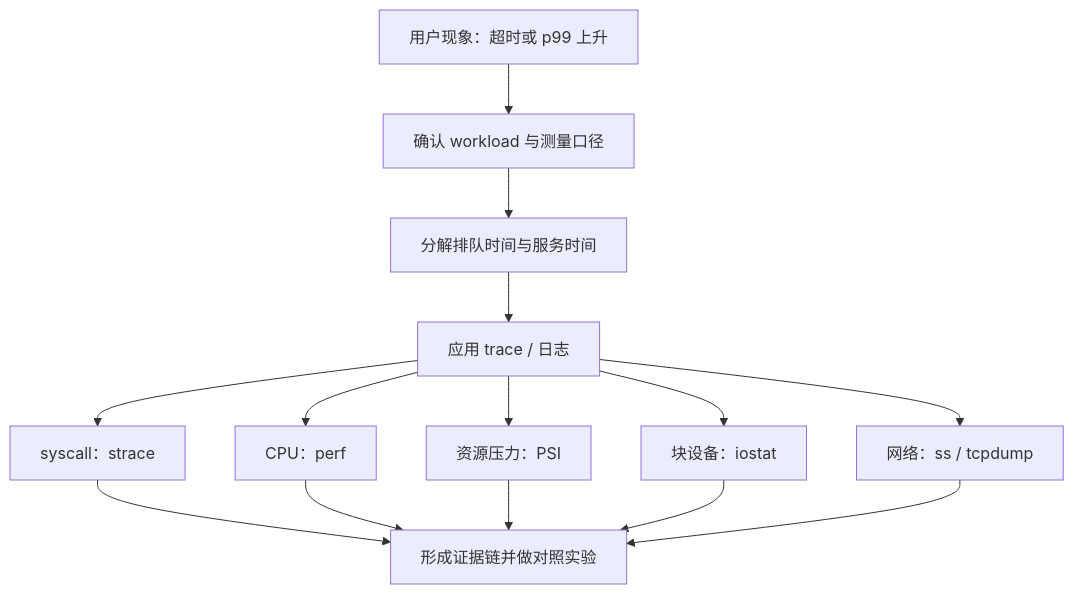
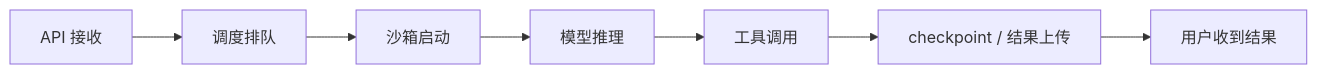
The diagram in books/ai/src/systems/performance_diagnostics.md (xizheyin/hft-book-rs), drawn with Mermaid before and after one commit. The commit also changed other lines of this file and 64 other files, not shown here.

````diff
--- a/books/ai/src/systems/performance_diagnostics.md
+++ b/books/ai/src/systems/performance_diagnostics.md
@@ -22,16 +35,9 @@
 ```mermaid
-flowchart TD
-    A["用户现象：超时或 p99 上升"] --> B["确认 workload 与测量口径"]
-    B --> C["分解排队时间与服务时间"]
-    C --> D["应用 trace / 日志"]
-    D --> E["syscall：strace"]
-    D --> F["CPU：perf"]
-    D --> G["资源压力：PSI"]
-    D --> H["块设备：iostat"]
-    D --> I["网络：ss / tcpdump"]
-    E --> J["形成证据链并做对照实验"]
-    F --> J
-    G --> J
-    H --> J
-    I --> J
+flowchart LR
+    A["API 接收"] --> B["调度排队"]
+    B --> C["沙箱启动"]
+    C --> D["模型推理"]
+    D --> E["工具调用"]
+    E --> F["checkpoint / 结果上传"]
+    F --> G["用户收到结果"]
 ```
````
